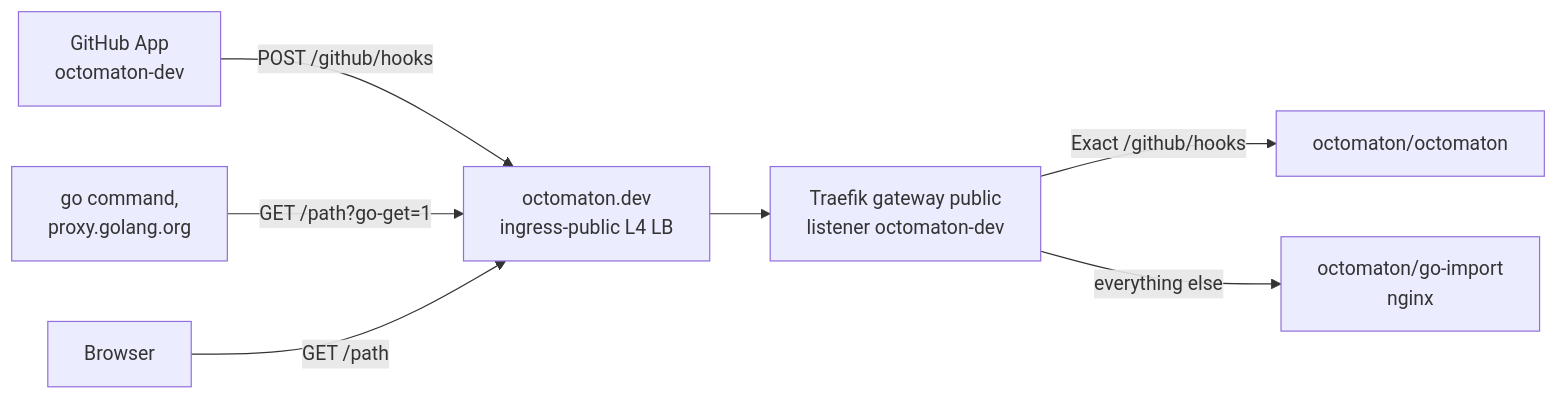
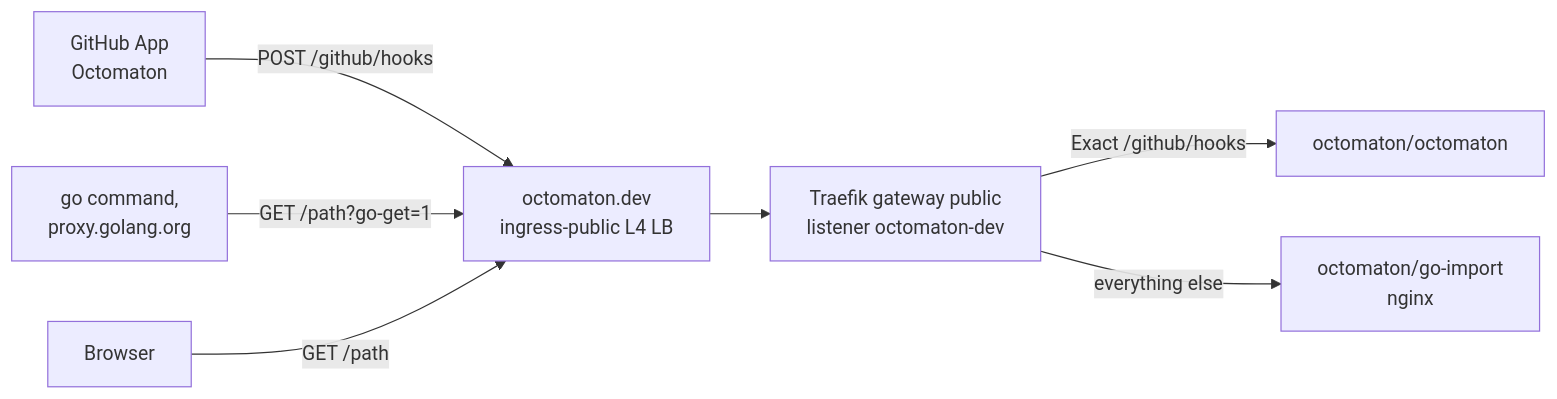
The first of 2 diagrams in hub/designs/octomaton-dev.md (arikkfir-org/docs), drawn with Mermaid before and after one commit. The commit also changed other lines of this file and 3 other files, not shown here.

First line of the commit message:
docs(hub): name the GitHub App Octomaton, with the repository as its homepage

````diff
--- a/hub/designs/octomaton-dev.md
+++ b/hub/designs/octomaton-dev.md
@@ -10,9 +10,9 @@
 ```mermaid
 flowchart LR
-  GH["GitHub App<br/>octomaton-dev"] -->|"POST /github/hooks"| LB
+  GH["GitHub App<br/>Octomaton"] -->|"POST /github/hooks"| LB
   GO["go command,<br/>proxy.golang.org"] -->|"GET /path?go-get=1"| LB
   BR["Browser"] -->|"GET /path"| LB
   LB["octomaton.dev<br/>ingress-public L4 LB"] --> GW["Traefik gateway public<br/>listener octomaton-dev"]
   GW -->|"Exact /github/hooks"| OC["octomaton/octomaton"]
   GW -->|"everything else"| GI["octomaton/go-import<br/>nginx"]
 ```
````
